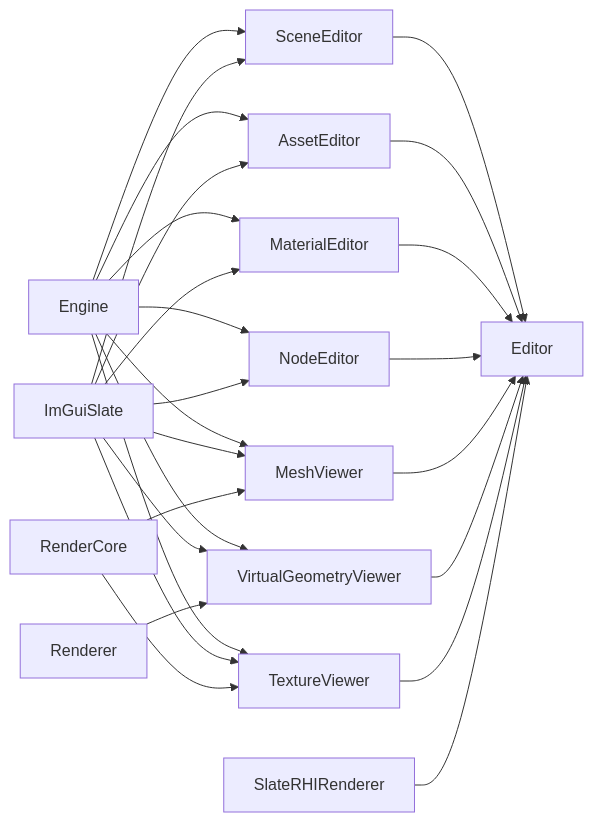
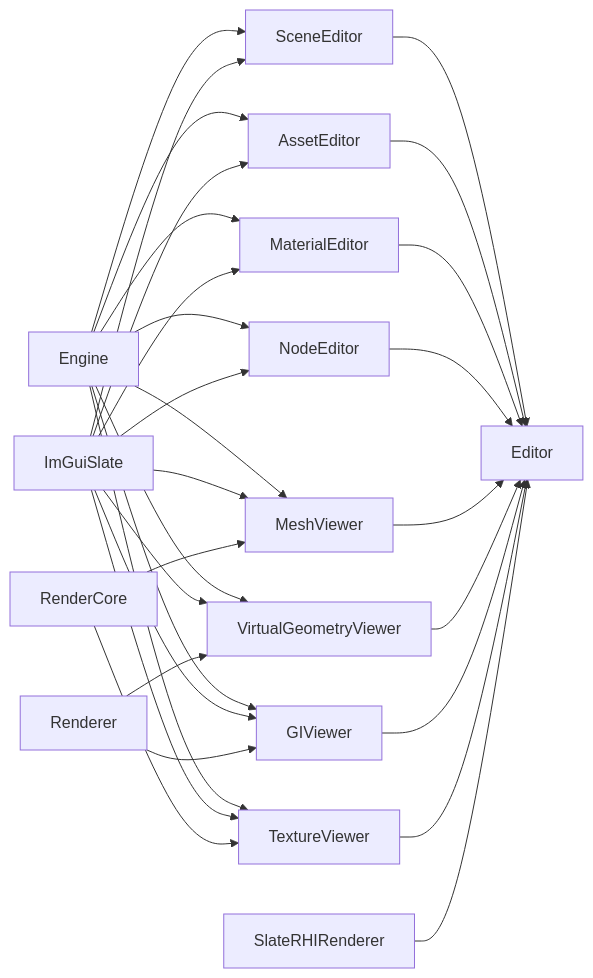
The diagram in Doc/architecture/app/editor.md (mou-wj/WREngine), drawn with Mermaid before and after one commit. The commit also changed other lines of this file and 33 other files, not shown here.

````diff
--- a/Doc/architecture/app/editor.md
+++ b/Doc/architecture/app/editor.md
@@ -24,28 +25,32 @@
 ```mermaid
 flowchart LR
     Engine --> SceneEditor
     ImGuiSlate --> SceneEditor
     Engine --> AssetEditor
     ImGuiSlate --> AssetEditor
     Engine --> MaterialEditor
     ImGuiSlate --> MaterialEditor
     SceneEditor --> Editor
     AssetEditor --> Editor
     MaterialEditor --> Editor
     Engine --> NodeEditor
     ImGuiSlate --> NodeEditor
     NodeEditor --> Editor
     Engine --> MeshViewer
     ImGuiSlate --> MeshViewer
     RenderCore --> MeshViewer
     MeshViewer --> Editor
     Engine --> VirtualGeometryViewer
     ImGuiSlate --> VirtualGeometryViewer
     Renderer --> VirtualGeometryViewer
     VirtualGeometryViewer --> Editor
+    Engine --> GIViewer
+    ImGuiSlate --> GIViewer
+    Renderer --> GIViewer
+    GIViewer --> Editor
     Engine --> TextureViewer
     ImGuiSlate --> TextureViewer
     RenderCore --> TextureViewer
     TextureViewer --> Editor
     SlateRHIRenderer --> Editor
 ```
````
